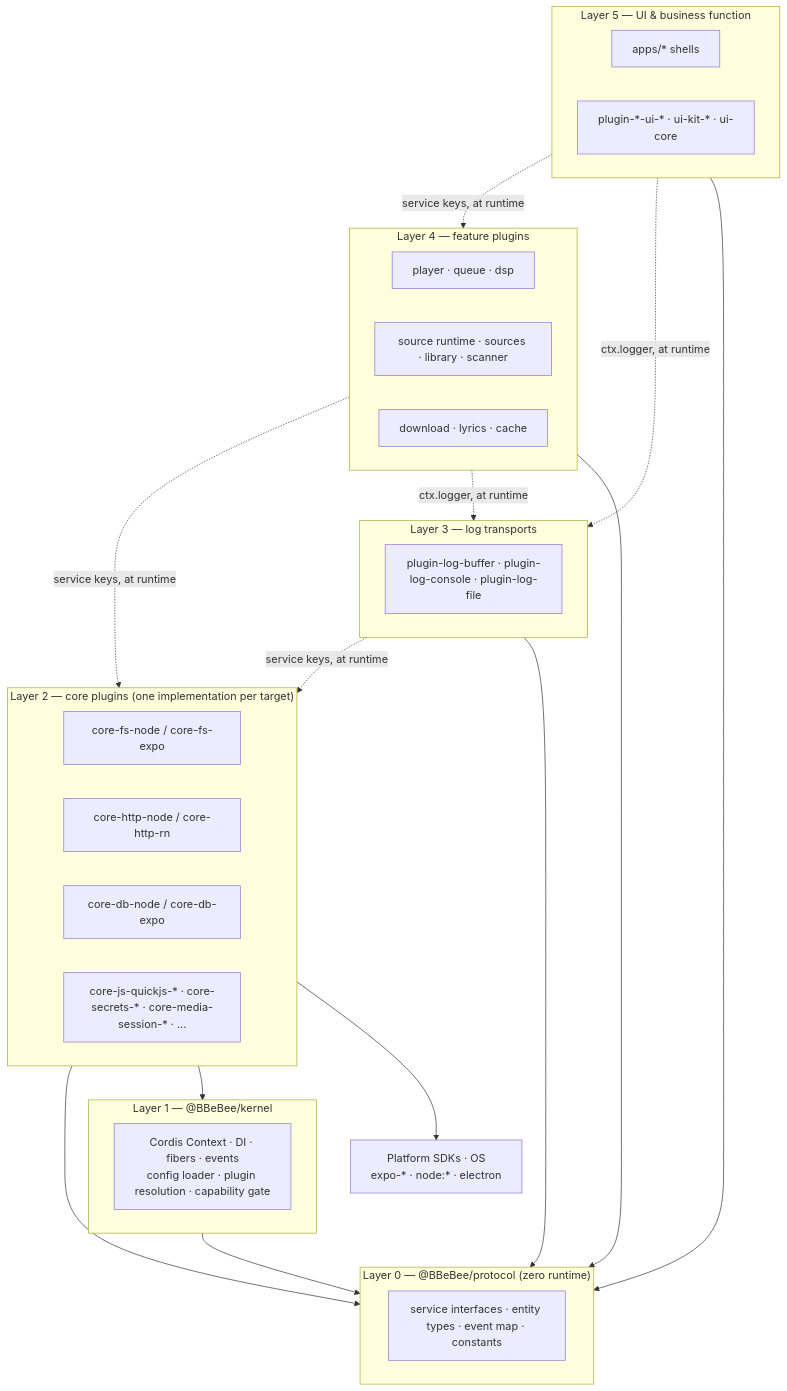
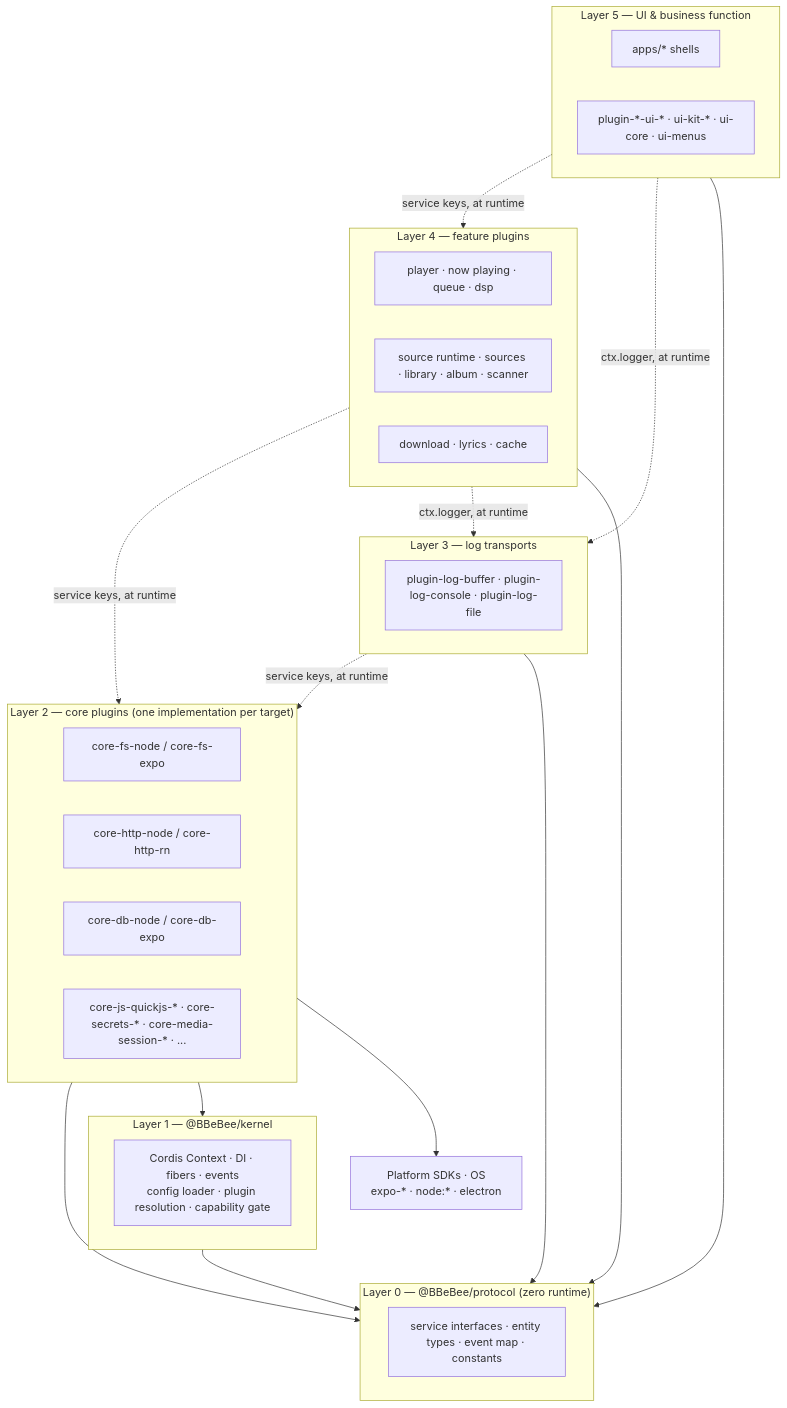
Before and after one commit to BBeBeeX/B_Be_Bee_X: the first of 4 diagrams in docs-zh/architecture/layers.md, drawn with Mermaid. The commit also changed other lines of this file and 13 other files, not shown here.

````diff
--- a/docs-zh/architecture/layers.md
+++ b/docs-zh/architecture/layers.md
@@ -89,41 +90,41 @@
 ```mermaid
 flowchart TD
     subgraph L5["Layer 5 — UI & business function"]
         S["apps/* shells"]
-        V["plugin-*-ui-* · ui-kit-* · ui-core"]
+        V["plugin-*-ui-* · ui-kit-* · ui-core · ui-menus"]
     end
     subgraph L4["Layer 4 — feature plugins"]
-        F1["player · queue · dsp"]
-        F2["source runtime · sources · library · scanner"]
+        F1["player · now playing · queue · dsp"]
+        F2["source runtime · sources · library · album · scanner"]
         F3["download · lyrics · cache"]
     end
     subgraph L3["Layer 3 — log transports"]
         G["plugin-log-buffer · plugin-log-console · plugin-log-file"]
     end
     subgraph L2["Layer 2 — core plugins (one implementation per target)"]
         C1["core-fs-node / core-fs-expo"]
         C2["core-http-node / core-http-rn"]
         C3["core-db-node / core-db-expo"]
         C4["core-js-quickjs-* · core-secrets-* · core-media-session-* · ..."]
     end
     subgraph L1["Layer 1 — @BBeBee/kernel"]
         K["Cordis Context · DI · fibers · events<br/>config loader · plugin resolution · capability gate"]
     end
     subgraph L0["Layer 0 — @BBeBee/protocol (zero runtime)"]
         P["service interfaces · entity types · event map · constants"]
     end
     SYS["Platform SDKs · OS<br/>expo-* · node:* · electron"]
 
     L5 -.->|"service keys, at runtime"| L4
     L5 -.->|"ctx.logger, at runtime"| L3
     L4 -.->|"service keys, at runtime"| L2
     L4 -.->|"ctx.logger, at runtime"| L3
     L3 -.->|"service keys, at runtime"| L2
     L5 --> L0
     L4 --> L0
     L3 --> L0
     L2 --> L0
     L1 --> L0
     L2 --> L1
     L2 --> SYS
 ```
````
